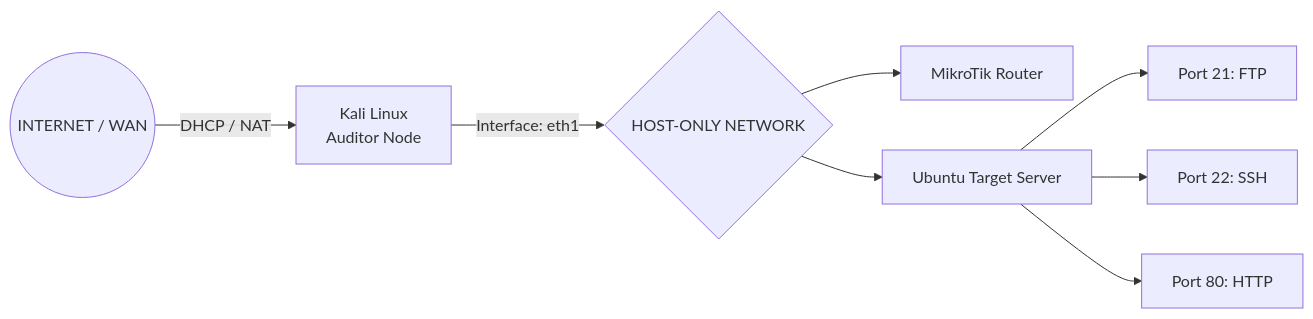
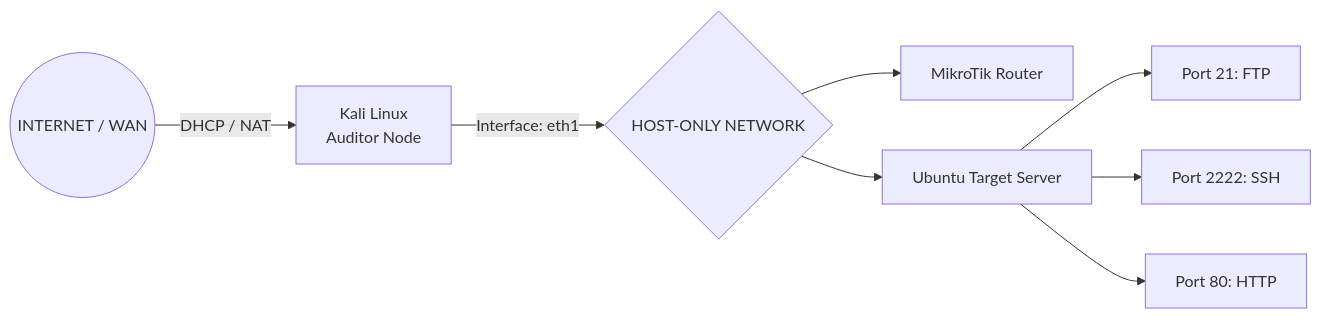
The diagram in v1.1.0-Retesting.md (pagarkristian/enterprise-homelab-core), drawn with Mermaid before and after one commit. The commit also changed other lines of this file, not shown here.

````diff
--- a/v1.1.0-Retesting.md
+++ b/v1.1.0-Retesting.md
@@ -13,10 +13,10 @@
 ```mermaid
 graph LR
     WAN((INTERNET / WAN)) -->|DHCP / NAT| Kali[Kali Linux <br> Auditor Node]
     Kali -->|Interface: eth1| Net{HOST-ONLY NETWORK}
     Net --> MT[MikroTik Router]
     Net --> UB[Ubuntu Target Server]
     UB --> P21[Port 21: FTP]
-    UB --> P22[Port 22: SSH]
+    UB --> P22[Port 2222: SSH]
     UB --> P80[Port 80: HTTP]
 ```
````
